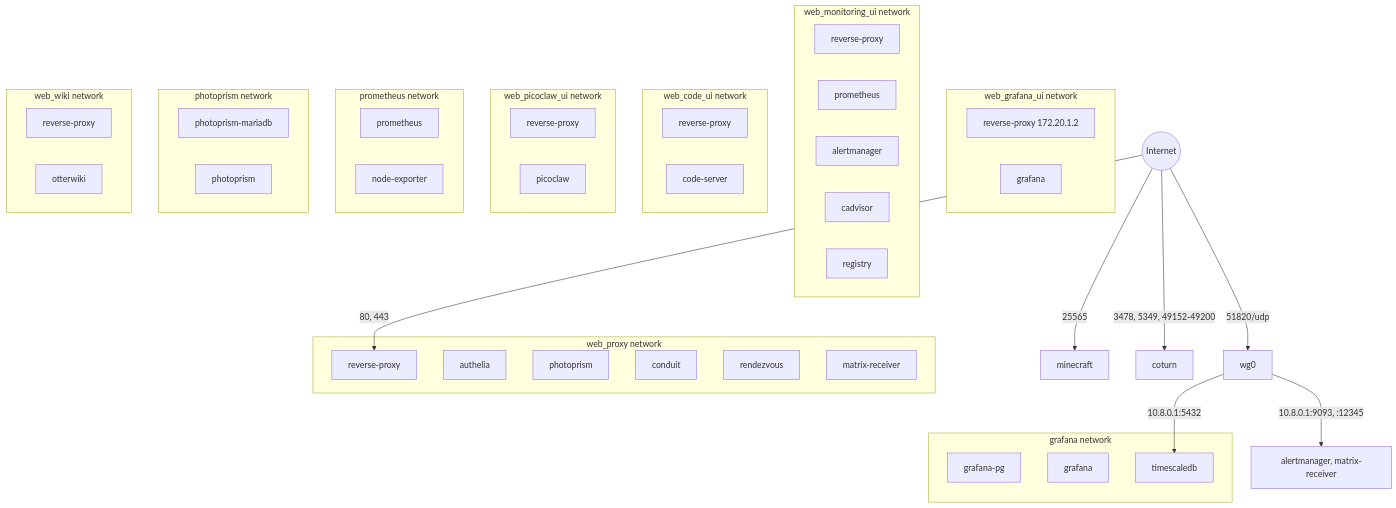
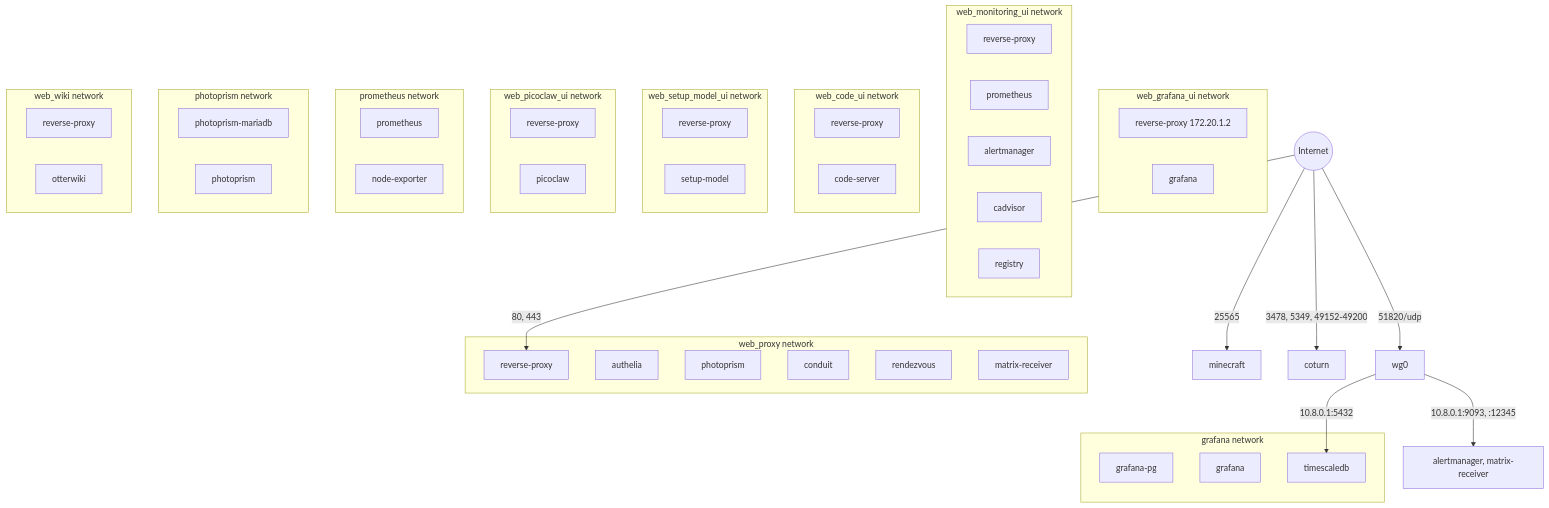
Before and after one commit to Waxolunist/ansible-docker-server: the fourth of 6 diagrams in ARCHITECTURE.md, drawn with Mermaid. The commit also changed other lines of this file and 4 other files, not shown here.

First line of the commit message:
feat: serve the public setup model, without a login (TASK-207, TASK-208)

````diff
--- a/ARCHITECTURE.md
+++ b/ARCHITECTURE.md
@@ -244,62 +245,67 @@
 ```mermaid
 graph TB
     subgraph proxy_net[web_proxy network]
         RP[reverse-proxy]
         AUTH[authelia]
         PP[photoprism]
         CO[conduit]
         RV[rendezvous]
         MR[matrix-receiver]
     end
 
     subgraph grafana_ui_net[web_grafana_ui network]
         RP3[reverse-proxy 172.20.1.2]
         GR[grafana]
     end
 
     subgraph monitoring_ui_net[web_monitoring_ui network]
         RP4[reverse-proxy]
         PROM[prometheus]
         AM[alertmanager]
         CA[cadvisor]
         REG[registry]
     end
 
     subgraph code_ui_net[web_code_ui network]
         RP5[reverse-proxy]
         CS[code-server]
+    end
+
+    subgraph setup_model_ui_net[web_setup_model_ui network]
+        RP8[reverse-proxy]
+        SM[setup-model]
     end
 
     subgraph picoclaw_ui_net[web_picoclaw_ui network]
         RP6[reverse-proxy]
         PC[picoclaw]
     end
 
     subgraph prom_net[prometheus network]
         PROM2[prometheus]
         NE[node-exporter]
     end
 
     subgraph graf_net[grafana network]
         GPG[grafana-pg]
         GR2[grafana]
         TS[timescaledb]
     end
 
     subgraph photo_net[photoprism network]
         PM[photoprism-mariadb]
         PP2[photoprism]
     end
 
     subgraph wiki_net[web_wiki network]
         RP2[reverse-proxy]
         OW[otterwiki]
     end
 
     INTERNET((Internet)) -->|80, 443| RP
     INTERNET -->|25565| MC[minecraft]
     INTERNET -->|3478, 5349, 49152-49200| CT[coturn]
     INTERNET -->|51820/udp| WG0[wg0]
     WG0 -->|10.8.0.1:5432| TS
     WG0 -->|10.8.0.1:9093, :12345| AMX[alertmanager, matrix-receiver]
 ```
````
